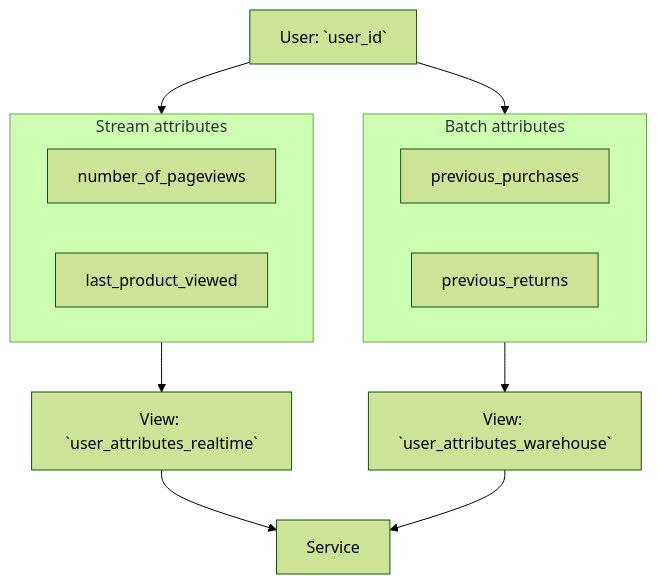
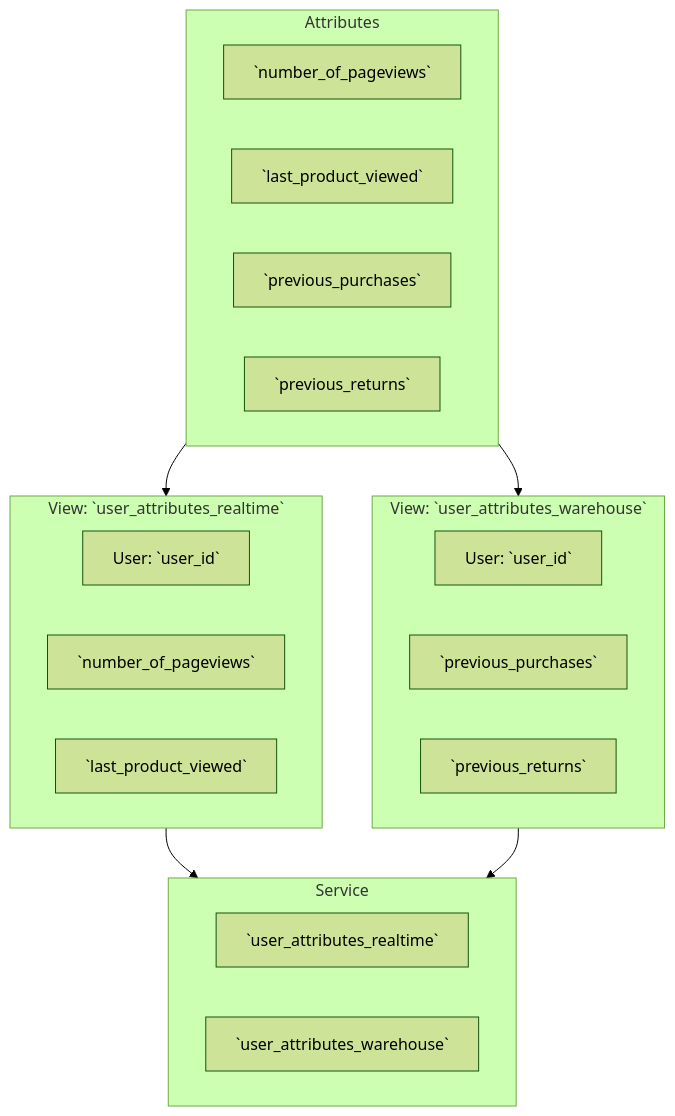
One commit to snowplow/documentation changed the fourth of 5 diagrams in docs/signals/concepts/index.md. Above: the diagram before and after it, drawn with Mermaid (forest theme). The commit also changed other lines of this file and 2 other files, not shown here.

````diff
--- a/docs/signals/concepts/index.md
+++ b/docs/signals/concepts/index.md
@@ -209,21 +207,32 @@
 ```mermaid
 flowchart TD
-    Entity[User: `user_id`] --> Stream
-    Entity --> Batch
-
-    subgraph Stream[Stream attributes]
-        SA1[number_of_pageviews]
-        SA2[last_product_viewed]
+    subgraph Attributes[Attributes]
+        SA1[`number_of_pageviews`]
+        SA2[`last_product_viewed`]
+        BA1[`previous_purchases`]
+        BA2[`previous_returns`]
     end
 
-    subgraph Batch[Batch attributes]
-        BA1[previous_purchases]
-        BA2[previous_returns]
+    Attributes --> StreamView
+    Attributes --> BatchView
+
+    subgraph StreamView[View: `user_attributes_realtime`]
+        SV_User[User: `user_id`]
+        SV_SA1[`number_of_pageviews`]
+        SV_SA2[`last_product_viewed`]
     end
 
-    Stream --> StreamView[View: `user_attributes_realtime`]
-    Batch --> BatchView[View: `user_attributes_warehouse`]
+    subgraph BatchView[View: `user_attributes_warehouse`]
+        BV_User[User: `user_id`]
+        BV_BA1[`previous_purchases`]
+        BV_BA2[`previous_returns`]
+    end
 
     StreamView --> Service
     BatchView --> Service
+
+    subgraph Service[Service]
+        S_StreamView[`user_attributes_realtime`]
+        S_BatchView[`user_attributes_warehouse`]
+    end
 ```
````
